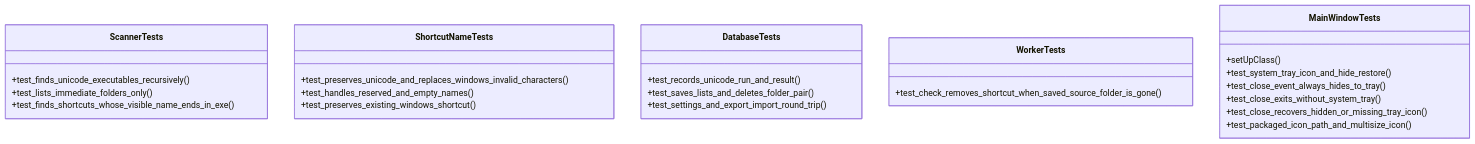
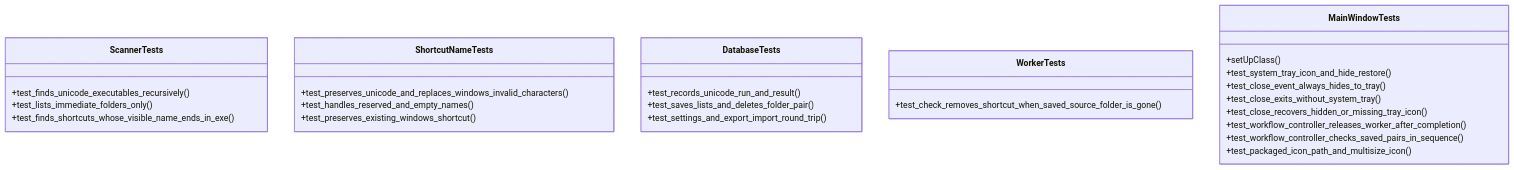
One commit to tbkmax/ShortcutStudio changed the first of 2 diagrams in tests/doc/workflow_diagram.md. Above: the diagram before and after it, drawn with Mermaid. The commit also changed other lines of this file and 13 other files, not shown here.

````diff
--- a/tests/doc/workflow_diagram.md
+++ b/tests/doc/workflow_diagram.md
@@ -5,29 +5,31 @@
 ```mermaid
 classDiagram
     class ScannerTests {
         +test_finds_unicode_executables_recursively()
         +test_lists_immediate_folders_only()
         +test_finds_shortcuts_whose_visible_name_ends_in_exe()
     }
     class ShortcutNameTests {
         +test_preserves_unicode_and_replaces_windows_invalid_characters()
         +test_handles_reserved_and_empty_names()
         +test_preserves_existing_windows_shortcut()
     }
     class DatabaseTests {
         +test_records_unicode_run_and_result()
         +test_saves_lists_and_deletes_folder_pair()
         +test_settings_and_export_import_round_trip()
     }
     class WorkerTests {
         +test_check_removes_shortcut_when_saved_source_folder_is_gone()
     }
     class MainWindowTests {
         +setUpClass()
         +test_system_tray_icon_and_hide_restore()
         +test_close_event_always_hides_to_tray()
         +test_close_exits_without_system_tray()
         +test_close_recovers_hidden_or_missing_tray_icon()
+        +test_workflow_controller_releases_worker_after_completion()
+        +test_workflow_controller_checks_saved_pairs_in_sequence()
         +test_packaged_icon_path_and_multisize_icon()
     }
 ```
````
